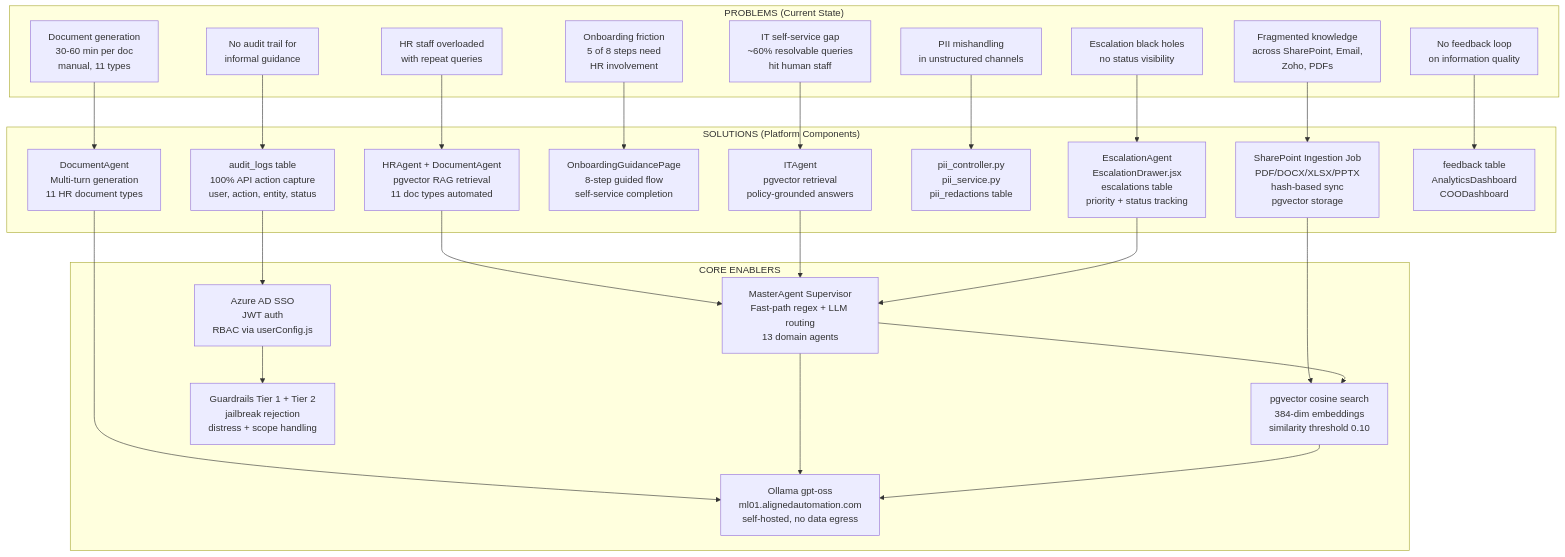
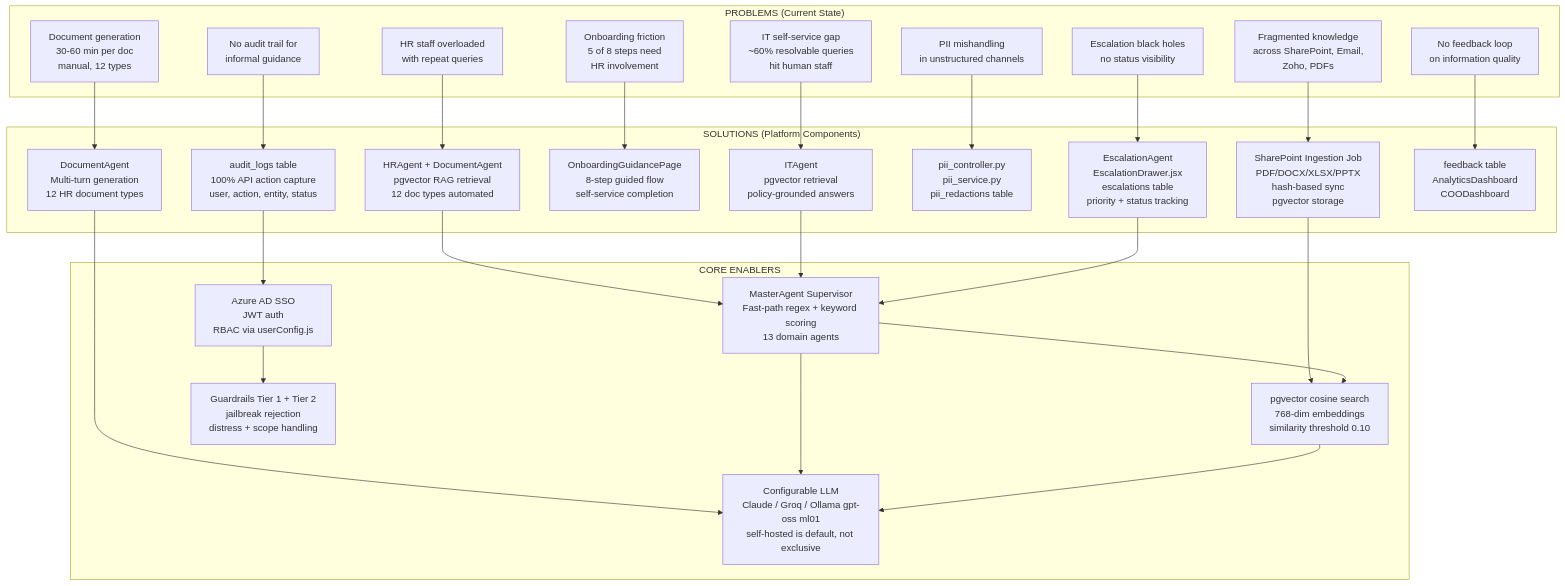
Before and after one commit to pdikondaaa/aa-hackathon: the diagram in knowledge-specs/docs/00-foundation/problem-statement.md, drawn with Mermaid. The commit also changed other lines of this file and 71 other files, not shown here.

````diff
--- a/knowledge-specs/docs/00-foundation/problem-statement.md
+++ b/knowledge-specs/docs/00-foundation/problem-statement.md
@@ -307,49 +309,49 @@
 ```mermaid
 graph TD
     subgraph Problems["PROBLEMS (Current State)"]
         P1[Fragmented knowledge<br/>across SharePoint, Email,<br/>Zoho, PDFs]
         P2[HR staff overloaded<br/>with repeat queries]
         P3[IT self-service gap<br/>~60% resolvable queries<br/>hit human staff]
         P4[Onboarding friction<br/>5 of 8 steps need<br/>HR involvement]
         P5[No audit trail for<br/>informal guidance]
         P6[PII mishandling<br/>in unstructured channels]
         P7[Escalation black holes<br/>no status visibility]
-        P8[Document generation<br/>30-60 min per doc<br/>manual, 11 types]
+        P8[Document generation<br/>30-60 min per doc<br/>manual, 12 types]
         P9[No feedback loop<br/>on information quality]
     end
 
     subgraph Solutions["SOLUTIONS (Platform Components)"]
         S1[SharePoint Ingestion Job<br/>PDF/DOCX/XLSX/PPTX<br/>hash-based sync<br/>pgvector storage]
-        S2[HRAgent + DocumentAgent<br/>pgvector RAG retrieval<br/>11 doc types automated]
+        S2[HRAgent + DocumentAgent<br/>pgvector RAG retrieval<br/>12 doc types automated]
         S3[ITAgent<br/>pgvector retrieval<br/>policy-grounded answers]
         S4[OnboardingGuidancePage<br/>8-step guided flow<br/>self-service completion]
         S5[audit_logs table<br/>100% API action capture<br/>user, action, entity, status]
         S6[pii_controller.py<br/>pii_service.py<br/>pii_redactions table]
         S7[EscalationAgent<br/>EscalationDrawer.jsx<br/>escalations table<br/>priority + status tracking]
-        S8[DocumentAgent<br/>Multi-turn generation<br/>11 HR document types]
+        S8[DocumentAgent<br/>Multi-turn generation<br/>12 HR document types]
         S9[feedback table<br/>AnalyticsDashboard<br/>COODashboard]
     end
 
     subgraph Enablers["CORE ENABLERS"]
-        E1[MasterAgent Supervisor<br/>Fast-path regex + LLM routing<br/>13 domain agents]
-        E2[pgvector cosine search<br/>384-dim embeddings<br/>similarity threshold 0.10]
+        E1[MasterAgent Supervisor<br/>Fast-path regex + keyword scoring<br/>13 domain agents]
+        E2[pgvector cosine search<br/>768-dim embeddings<br/>similarity threshold 0.10]
         E3[Azure AD SSO<br/>JWT auth<br/>RBAC via userConfig.js]
-        E4[Ollama gpt-oss<br/>ml01.alignedautomation.com<br/>self-hosted, no data egress]
+        E4[Configurable LLM<br/>Claude / Groq / Ollama gpt-oss ml01<br/>self-hosted is default, not exclusive]
         E5[Guardrails Tier 1 + Tier 2<br/>jailbreak rejection<br/>distress + scope handling]
     end
 
     P1 --> S1 --> E2
     P2 --> S2 --> E1
     P3 --> S3 --> E1
     P4 --> S4
     P5 --> S5 --> E3
     P6 --> S6
     P7 --> S7 --> E1
     P8 --> S8 --> E4
     P9 --> S9
 
     E1 --> E2
     E1 --> E4
     E2 --> E4
     E3 --> E5
 ```
````
